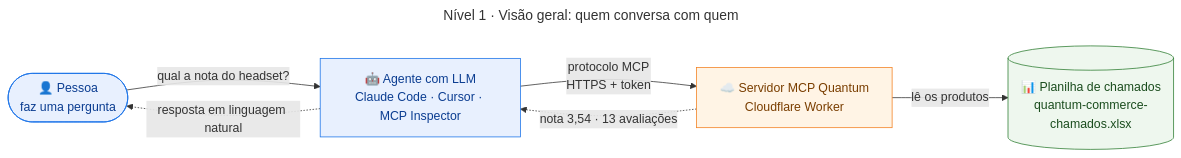
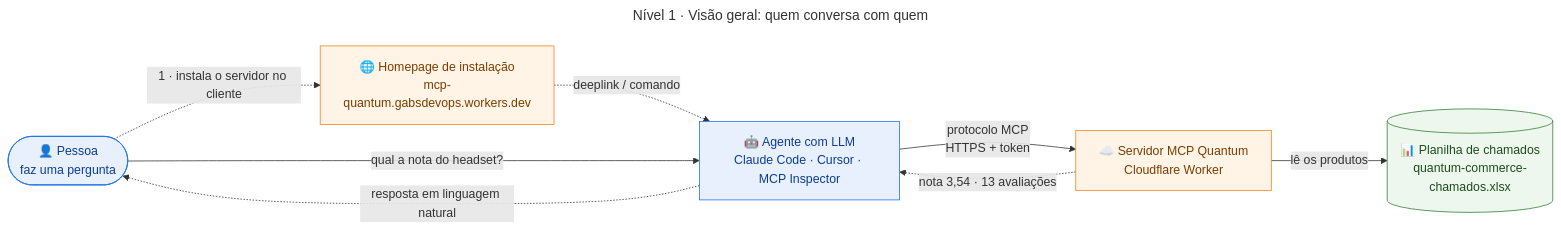
The diagram in api-integrations/mcp-quantum/diagramas/01-visao-geral.mmd (gabriel-dantas98/fiap-mba-multi-agent), drawn with Mermaid before and after one commit. The commit also changed 15 other files, not shown here.

First line of the commit message:
feat(api-integrations): homepage de instalacao do MCP Quantum

```diff
--- a/api-integrations/mcp-quantum/diagramas/01-visao-geral.mmd
+++ b/api-integrations/mcp-quantum/diagramas/01-visao-geral.mmd
@@ -1,19 +1,23 @@
 ---
 title: "Nível 1 · Visão geral: quem conversa com quem"
 ---
 flowchart LR
     classDef pessoa fill:#E8F0FE,stroke:#1A73E8,color:#0B3D91
     classDef cliente fill:#E8F0FE,stroke:#1A73E8,color:#0B3D91
     classDef servidor fill:#FFF4E5,stroke:#F38020,color:#7A3E00
     classDef dados fill:#EEF7EE,stroke:#2E7D32,color:#1B4D1E
 
     U(["👤 Pessoa<br/>faz uma pergunta"]):::pessoa
     C["🤖 Agente com LLM<br/>Claude Code · Cursor · MCP Inspector"]:::cliente
     S["☁️ Servidor MCP Quantum<br/>Cloudflare Worker"]:::servidor
     D[("📊 Planilha de chamados<br/>quantum-commerce-chamados.xlsx")]:::dados
 
+    H["🌐 Homepage de instalação<br/>mcp-quantum.gabsdevops.workers.dev"]:::servidor
+
+    U -. "1 · instala o servidor no cliente" .-> H
+    H -. "deeplink / comando" .-> C
     U -- "qual a nota do headset?" --> C
     C -- "protocolo MCP<br/>HTTPS + token" --> S
     S -- "lê os produtos" --> D
     S -. "nota 3,54 · 13 avaliações" .-> C
     C -. "resposta em linguagem natural" .-> U
```
